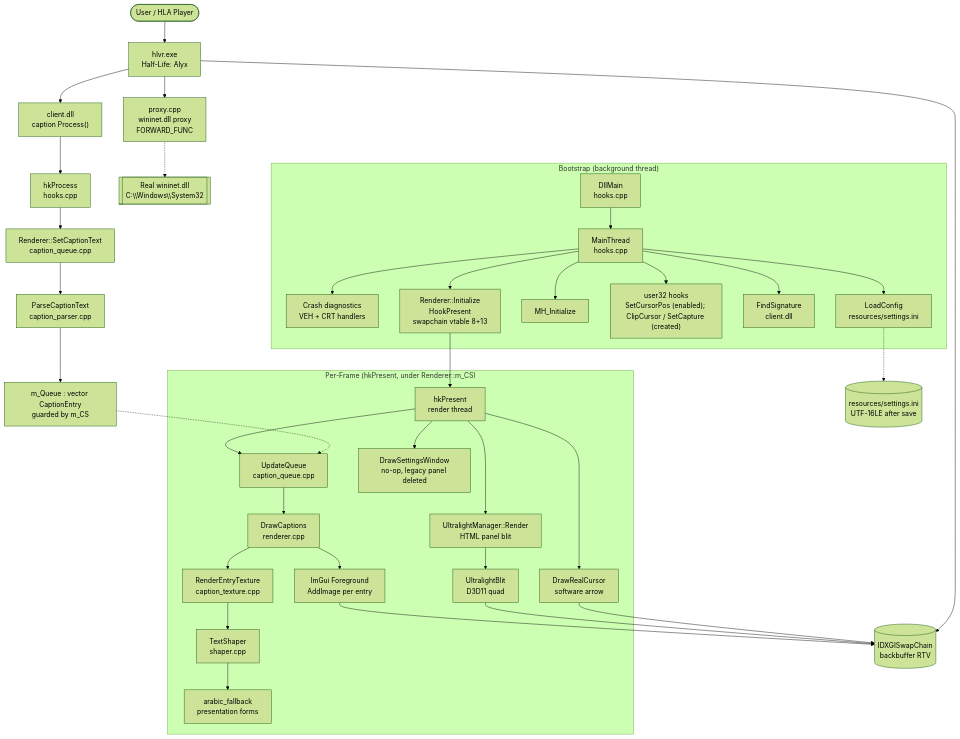
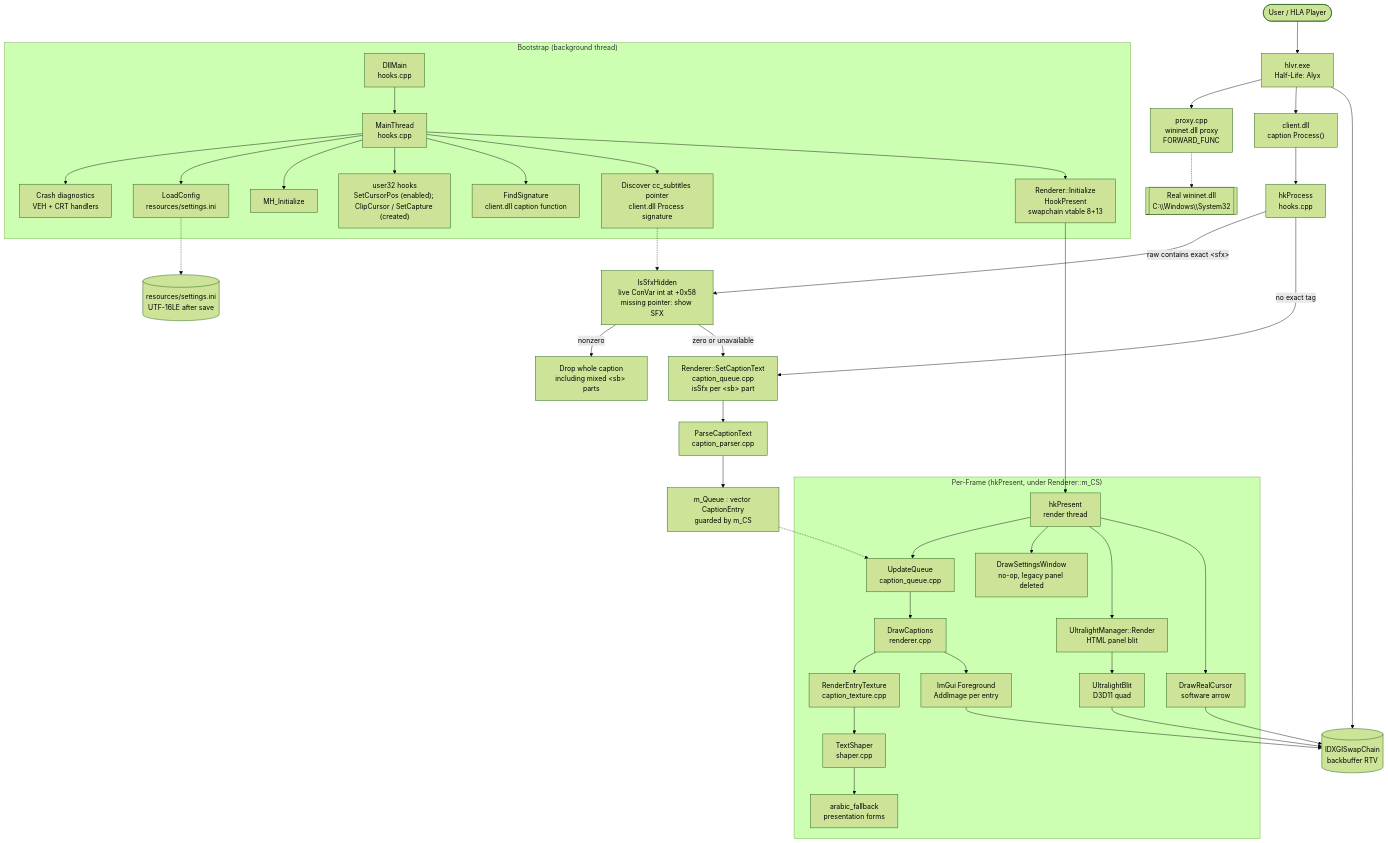
The diagram in docs/wiki/architecture.md (majd-tqe/Hlyx-Caption), drawn with Mermaid (forest theme) before and after one commit. The commit also changed other lines of this file and 22 other files, not shown here.

First line of the commit message:
respect cc_subtitles for SFX and update F11 caption hint

````diff
--- a/docs/wiki/architecture.md
+++ b/docs/wiki/architecture.md
@@ -26,46 +26,51 @@
 ```mermaid
 flowchart TD
     User([User / HLA Player]) --> HLA["hlvr.exe<br>Half-Life: Alyx"]
     HLA --> Proxy["proxy.cpp<br>wininet.dll proxy<br>FORWARD_FUNC"]
     Proxy -.-> RealWinINet[["Real wininet.dll<br>C:\\Windows\\System32"]]
     HLA --> ClientDLL["client.dll<br>caption Process()"]
 
     subgraph Bootstrap["Bootstrap (background thread)"]
         DllMain["DllMain<br>hooks.cpp"] --> MainThread["MainThread<br>hooks.cpp"]
         MainThread --> CrashDiag["Crash diagnostics<br>VEH + CRT handlers"]
         MainThread --> Config["LoadConfig<br>resources/settings.ini"]
         MainThread --> MHInit["MH_Initialize"]
         MainThread --> User32Hooks["user32 hooks<br>SetCursorPos (enabled); ClipCursor / SetCapture (created)"]
-        MainThread --> SigScan["FindSignature<br>client.dll"]
+        MainThread --> SigScan["FindSignature<br>client.dll caption function"]
+        MainThread --> ConVarScan["Discover cc_subtitles pointer<br>client.dll Process signature"]
         MainThread --> HookPresent["Renderer::Initialize<br>HookPresent<br>swapchain vtable 8+13"]
     end
 
     HookPresent --> Present["hkPresent<br>render thread"]
 
     subgraph PerFrame["Per-Frame (hkPresent, under Renderer::m_CS)"]
         Present --> UpdateQ["UpdateQueue<br>caption_queue.cpp"]
         UpdateQ --> DrawCaps["DrawCaptions<br>renderer.cpp"]
         DrawCaps --> RenderTex["RenderEntryTexture<br>caption_texture.cpp"]
         RenderTex --> Shaper["TextShaper<br>shaper.cpp"]
         Shaper --> Fallback["arabic_fallback<br>presentation forms"]
         DrawCaps --> ImGui["ImGui Foreground<br>AddImage per entry"]
         Present --> SettingsStub["DrawSettingsWindow<br>no-op, legacy panel deleted"]
         Present --> ULRender["UltralightManager::Render<br>HTML panel blit"]
         ULRender --> Blit["UltralightBlit<br>D3D11 quad"]
         Present --> Cursor["DrawRealCursor<br>software arrow"]
     end
 
     ClientDLL --> HKProcess["hkProcess<br>hooks.cpp"]
-    HKProcess --> SetCaption["Renderer::SetCaptionText<br>caption_queue.cpp"]
+    ConVarScan -.-> SfxCheck["IsSfxHidden<br>live ConVar int at +0x58<br>missing pointer: show SFX"]
+    HKProcess -- "raw contains exact &lt;sfx&gt;" --> SfxCheck
+    HKProcess -- "no exact tag" --> SetCaption["Renderer::SetCaptionText<br>caption_queue.cpp<br>isSfx per &lt;sb&gt; part"]
+    SfxCheck -- "nonzero" --> DropSfx["Drop whole caption<br>including mixed &lt;sb&gt; parts"]
+    SfxCheck -- "zero or unavailable" --> SetCaption
     SetCaption --> Parser["ParseCaptionText<br>caption_parser.cpp"]
     Parser --> Queue["m_Queue : vector CaptionEntry<br>guarded by m_CS"]
 
     Queue -.-> UpdateQ
 
     HLA --> SwapChain[("IDXGISwapChain<br>backbuffer RTV")]
     ImGui --> SwapChain
     Blit --> SwapChain
     Cursor --> SwapChain
 
     Config -.-> DistINI[("resources/settings.ini<br>UTF-16LE after save")]
 ```
````
